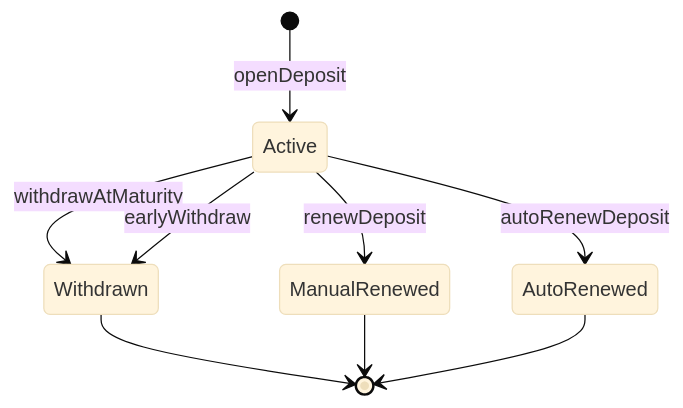
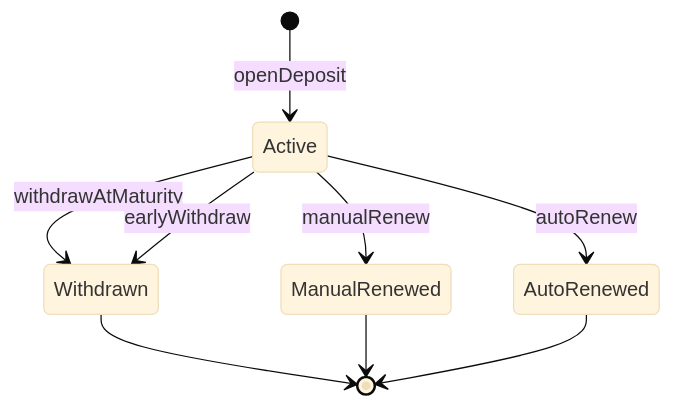
The second of 4 diagrams in docs/ARCHITECTURE.md (VuNguyen26/online-banking-capstone), drawn with Mermaid (base theme) before and after one commit. The commit also changed other lines of this file and 9 other files, not shown here.

Commit message:
feat: add permissionless deposit auto-renewal

```diff
--- a/docs/ARCHITECTURE.md
+++ b/docs/ARCHITECTURE.md
@@ -597,13 +597,13 @@
 ~~~mermaid
 stateDiagram-v2
     [*] --> Active: openDeposit
 
     Active --> Withdrawn: withdrawAtMaturity
     Active --> Withdrawn: earlyWithdraw
-    Active --> ManualRenewed: renewDeposit
-    Active --> AutoRenewed: autoRenewDeposit
+    Active --> ManualRenewed: manualRenew
+    Active --> AutoRenewed: autoRenew
 
     Withdrawn --> [*]
     ManualRenewed --> [*]
     AutoRenewed --> [*]
 ~~~
```
